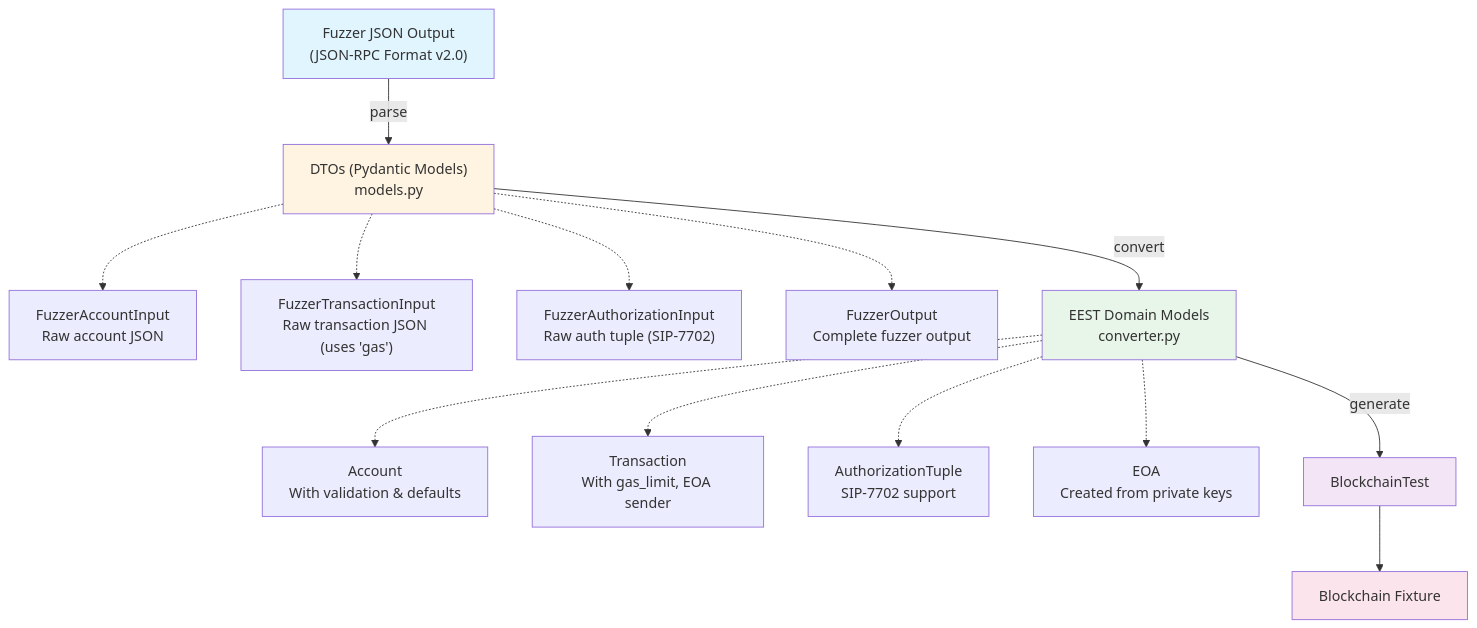
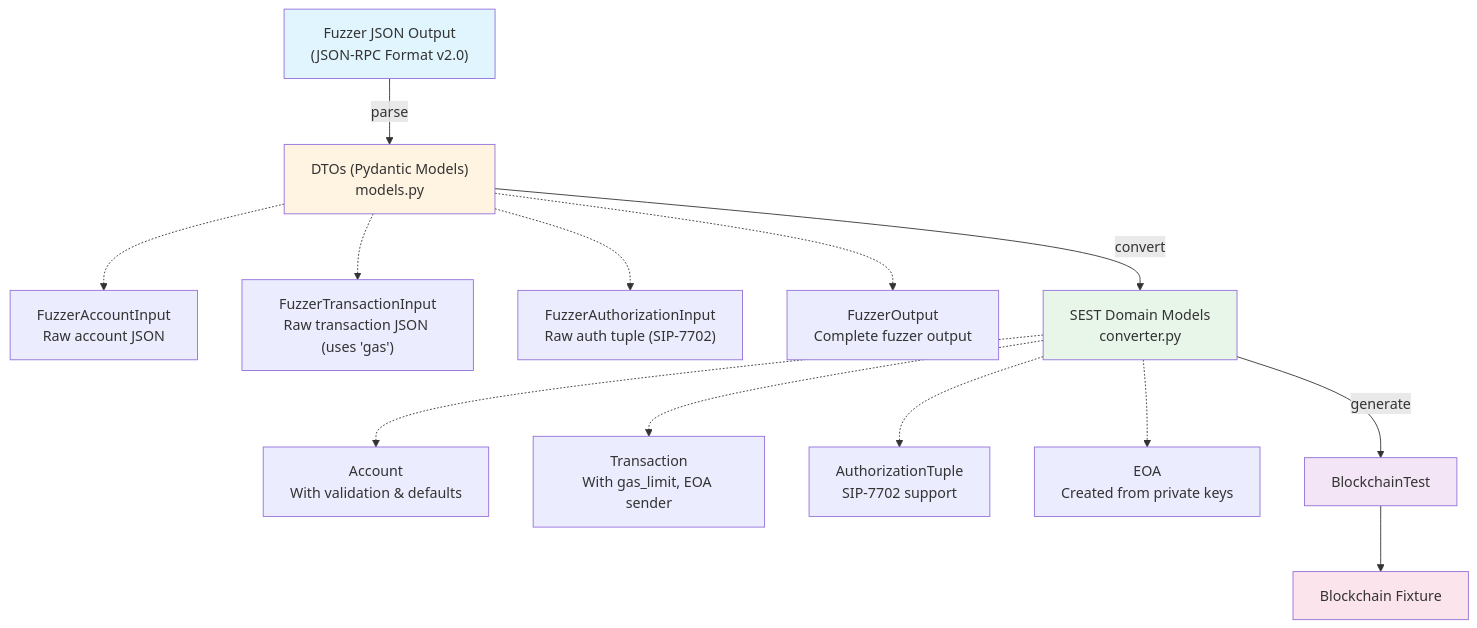
Before and after one commit to sila-chain/execution-specs: the second of 2 diagrams in packages/testing/src/execution_testing/cli/fuzzer_bridge/README.md, drawn with Mermaid. The commit also changed other lines of this file and 220 other files, not shown here.

First line of the commit message:
refactor: rename EELS and EEST to SELS and SEST

````diff
--- a/packages/testing/src/execution_testing/cli/fuzzer_bridge/README.md
+++ b/packages/testing/src/execution_testing/cli/fuzzer_bridge/README.md
@@ -77,40 +77,40 @@
 ```mermaid
 graph TD
     A["Fuzzer JSON Output<br/>(JSON-RPC Format v2.0)"]
 
     B["DTOs (Pydantic Models)<br/>models.py"]
     B1["FuzzerAccountInput<br/>Raw account JSON"]
     B2["FuzzerTransactionInput<br/>Raw transaction JSON (uses 'gas')"]
     B3["FuzzerAuthorizationInput<br/>Raw auth tuple (SIP-7702)"]
     B4["FuzzerOutput<br/>Complete fuzzer output"]
 
-    C["EEST Domain Models<br/>converter.py"]
+    C["SEST Domain Models<br/>converter.py"]
     C1["Account<br/>With validation & defaults"]
     C2["Transaction<br/>With gas_limit, EOA sender"]
     C3["AuthorizationTuple<br/>SIP-7702 support"]
     C4["EOA<br/>Created from private keys"]
 
     D["BlockchainTest"]
     E["Blockchain Fixture"]
 
     A -->|parse| B
     B -.-> B1
     B -.-> B2
     B -.-> B3
     B -.-> B4
 
     B -->|convert| C
     C -.-> C1
     C -.-> C2
     C -.-> C3
     C -.-> C4
 
     C -->|generate| D
     D --> E
 
     style A fill:#e1f5ff
     style B fill:#fff4e1
     style C fill:#e8f5e9
     style D fill:#f3e5f5
     style E fill:#fce4ec
 ```
````
